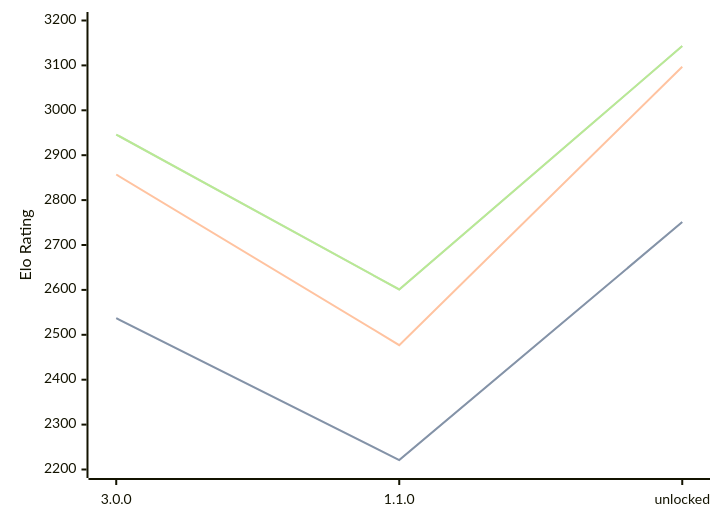
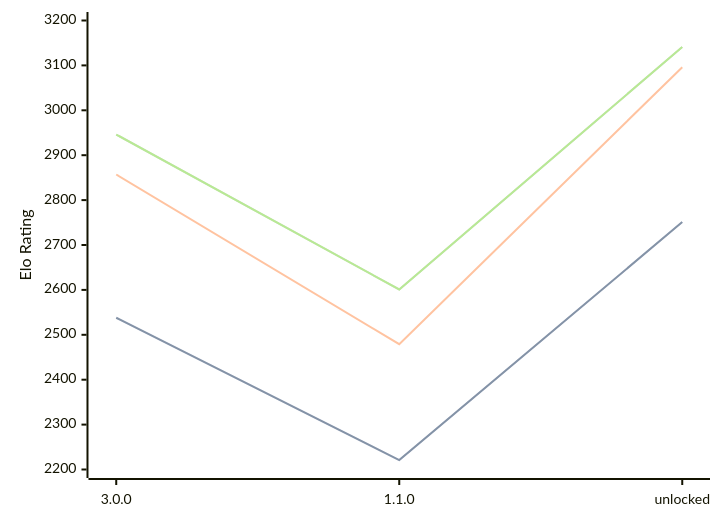
The diagram in engines/Potential.md (computer-chess-index/cci), drawn with Mermaid before and after one commit. The commit also changed other lines of this file, not shown here.

Commit message:
Update CCI Ratings (ELO VLTC) - 2026-09-01

````diff
--- a/engines/Potential.md
+++ b/engines/Potential.md
@@ -33,11 +33,11 @@
 ```mermaid
 %%{init: {"theme":"base","themeVariables":{"seriesColors:['#a3a3a3','#222221','#faa371']}}}%%
 xychart-beta
   x-axis ["3.0.0", "1.1.0", "unlocked"]
   y-axis "Elo Rating" 2200 --> 3200
-  line "" [2537, 2221, 2751]
-  line "STC (8.0+0.08s)" [2537, 2221, 2751]
-  line "LTC (60.0+0.60s)" [2857, 2477, 3097]
-  line "" [2946, 2601, 3143]
-  line "VLTC (2m24s+1.12s)" [2946, 2601, 3143]
+  line "" [2538, 2221, 2751]
+  line "STC (8.0+0.08s)" [2538, 2221, 2751]
+  line "LTC (60.0+0.60s)" [2857, 2479, 3096]
+  line "" [2946, 2601, 3141]
+  line "VLTC (2m24s+1.12s)" [2946, 2601, 3141]
 ```
````
